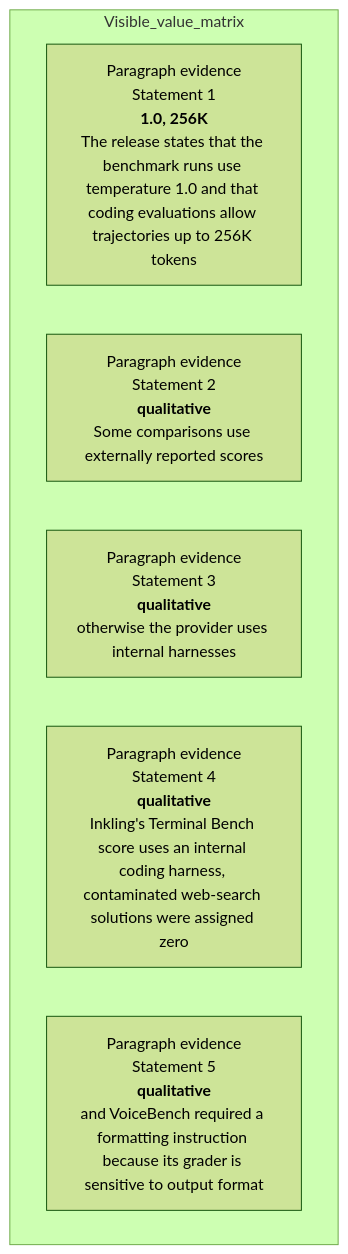
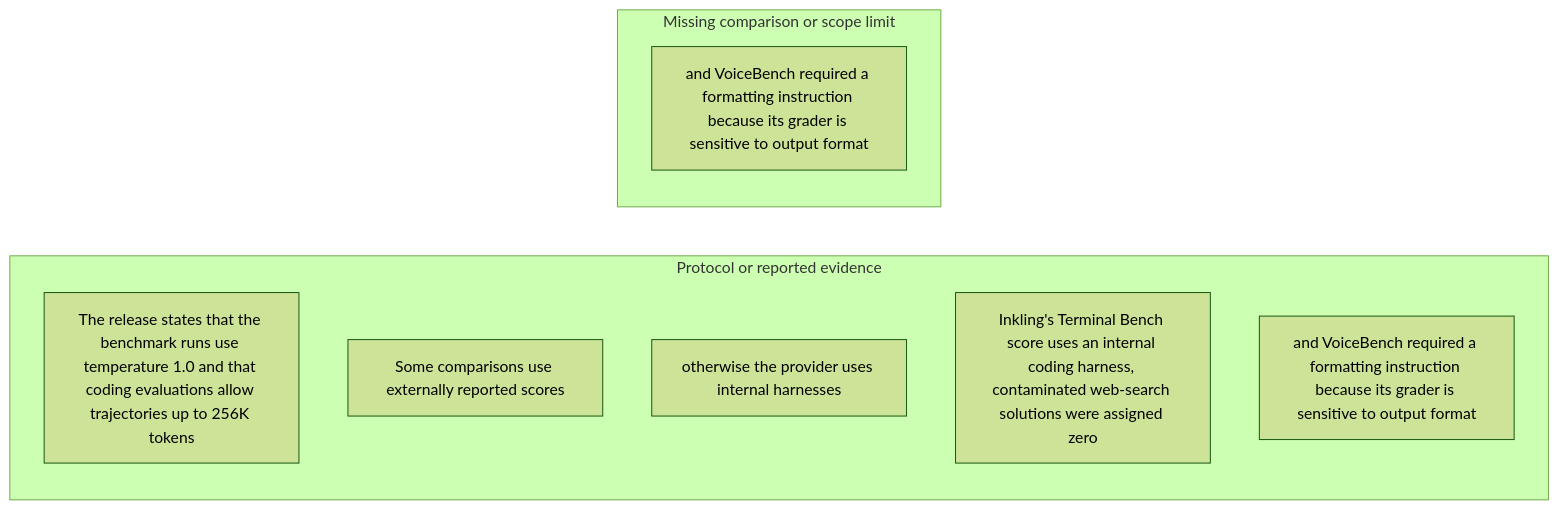
Before and after one commit to Betancourt1/paper_atlas: diagram 31 of 57 in docs/visual-manifests/VISUAL_MANIFEST_INKLING.md, drawn with Mermaid (forest theme). The commit also changed other lines of this file and 7 other files, not shown here.

````diff
--- a/docs/visual-manifests/VISUAL_MANIFEST_INKLING.md
+++ b/docs/visual-manifests/VISUAL_MANIFEST_INKLING.md
@@ -2517,10 +2526,13 @@
 ```mermaid
-flowchart TB
-  subgraph Visible_value_matrix
-    r1["Paragraph evidence<br/>Statement 1<br/><b>1.0, 256K</b><br/>The release states that the benchmark runs use temperature 1.0 and that coding evaluations allow trajectories up to 256K tokens"]
-    r2["Paragraph evidence<br/>Statement 2<br/><b>qualitative</b><br/>Some comparisons use externally reported scores"]
-    r3["Paragraph evidence<br/>Statement 3<br/><b>qualitative</b><br/>otherwise the provider uses internal harnesses"]
-    r4["Paragraph evidence<br/>Statement 4<br/><b>qualitative</b><br/>Inkling's Terminal Bench score uses an internal coding harness, contaminated web-search solutions were assigned zero"]
-    r5["Paragraph evidence<br/>Statement 5<br/><b>qualitative</b><br/>and VoiceBench required a formatting instruction because its grader is sensitive to output format"]
+flowchart LR
+  subgraph g1["Protocol or reported evidence"]
+    g1i1["The release states that the benchmark runs use temperature 1.0 and that coding evaluations allow trajectories up to 256K tokens"]
+    g1i2["Some comparisons use externally reported scores"]
+    g1i3["otherwise the provider uses internal harnesses"]
+    g1i4["Inkling's Terminal Bench score uses an internal coding harness, contaminated web-search solutions were assigned zero"]
+    g1i5["and VoiceBench required a formatting instruction because its grader is sensitive to output format"]
+  end
+  subgraph g2["Missing comparison or scope limit"]
+    g2i1["and VoiceBench required a formatting instruction because its grader is sensitive to output format"]
   end
 ```
````
